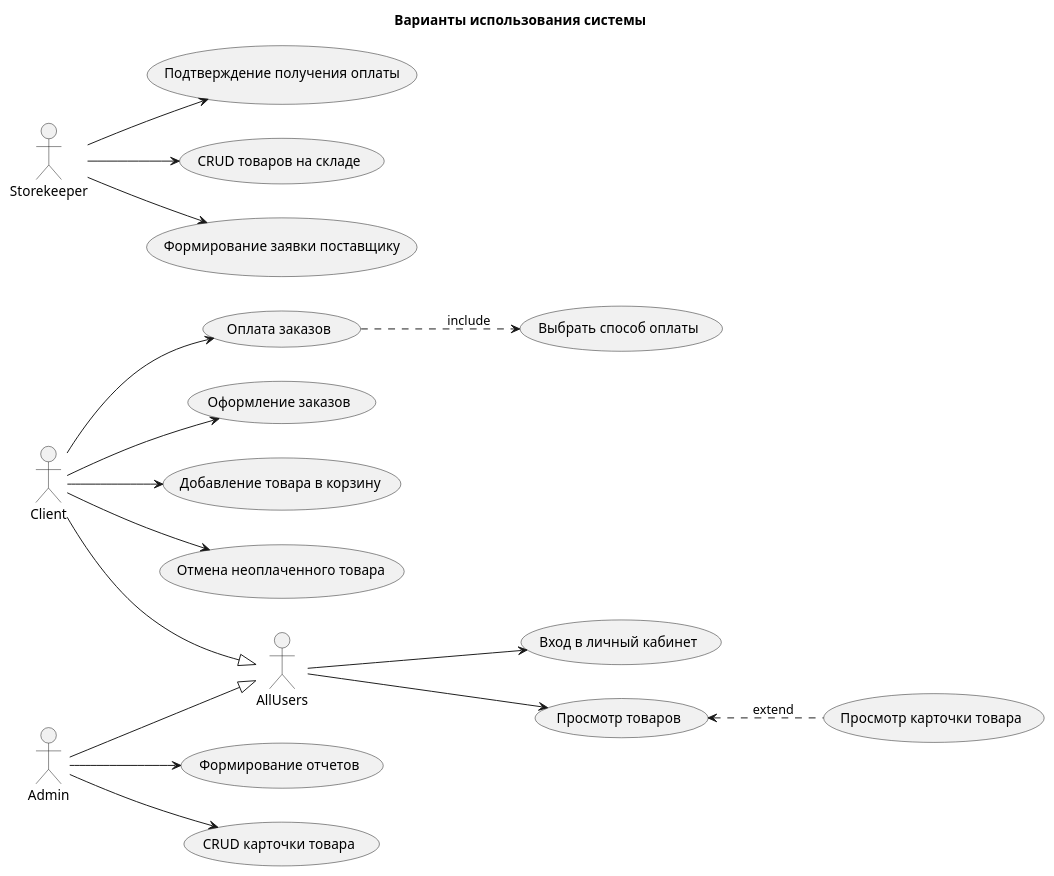
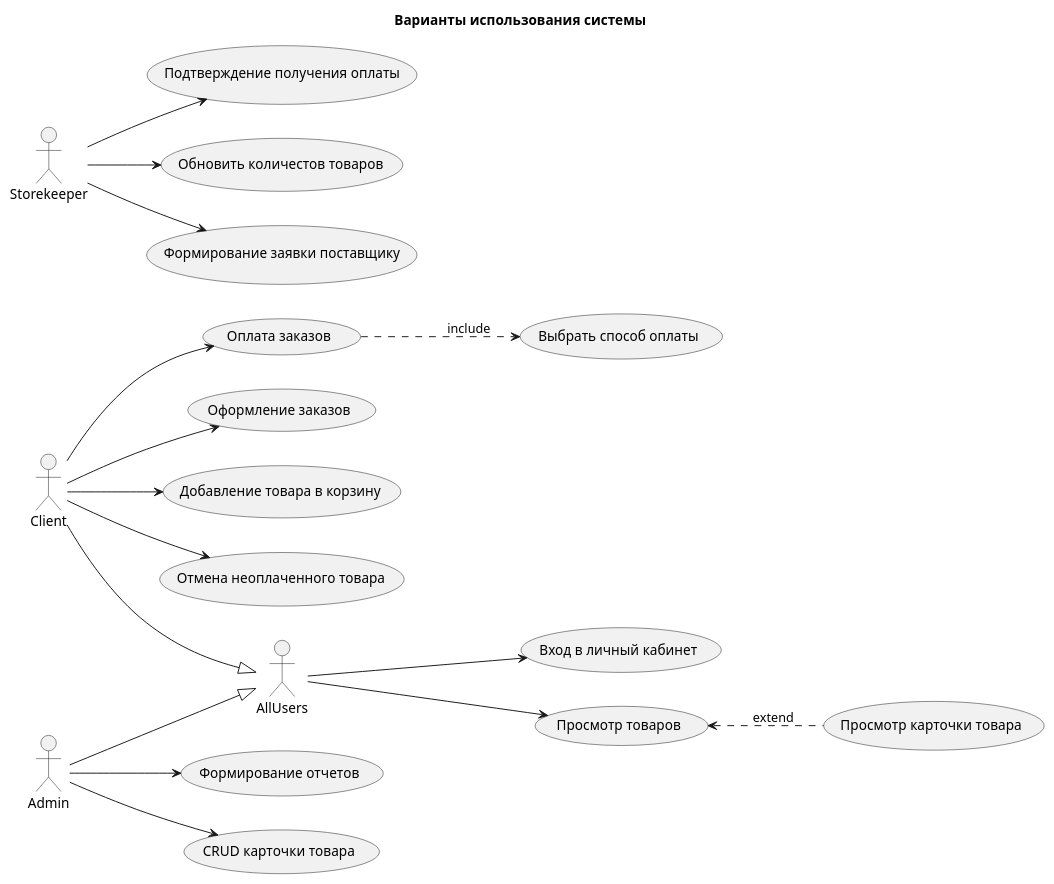
One commit to UraharaKiska/umlk_diagram changed the diagram in laba_1-4/usecases.puml. Above: the diagram before and after it, drawn with PlantUML. The commit also changed 16 other files, not shown here.

```diff
--- a/laba_1-4/usecases.puml
+++ b/laba_1-4/usecases.puml
@@ -1,50 +1,50 @@
 @startuml name
 title Варианты использования системы
 
 left to right direction
 
 actor "Client" as Client
 usecase "Оплата заказов" as PayOrder
 usecase "Выбрать способ оплаты" as ChoosePayType
 usecase "Оформление заказов" as AddOrder
 usecase "Добавление товара в корзину" as AddToCart
 usecase "Отмена неоплаченного товара" as CancleOrder
 Client --> PayOrder
 Client --> AddOrder
 Client --> AddToCart
 Client --> CancleOrder
 PayOrder ..> ChoosePayType : include
 
 
 
 
 actor "Admin" as Admin
 usecase "Формирование отчетов" as CreateReport
 usecase "CRUD карточки товара" as ProductCardCRUD
 Admin --> CreateReport
 Admin --> ProductCardCRUD
 
 actor "Storekeeper" as Storekeeper
 usecase  "Подтверждение получения оплаты" as ConfirmPaying
-usecase  "CRUD товаров на складе" as ProductCRUD
+usecase  "Обновить количестов товаров" as ProductCRUD
 usecase  "Формирование заявки поставщику" as CreateRequestSupplier
 Storekeeper --> ConfirmPaying
 Storekeeper --> ProductCRUD
 Storekeeper --> CreateRequestSupplier
 
 
 actor "AllUsers" as AllUsers
 usecase "Вход в личный кабинет" as Register
 usecase "Просмотр товаров" as ViewProducts
 usecase "Просмотр карточки товара" as ViewProductCard
 Client --|> AllUsers
 Admin --|> AllUsers
 ViewProducts <..  ViewProductCard : extend
 
 AllUsers --> Register
 AllUsers --> ViewProducts
 
 
 
 
 @enduml
```
